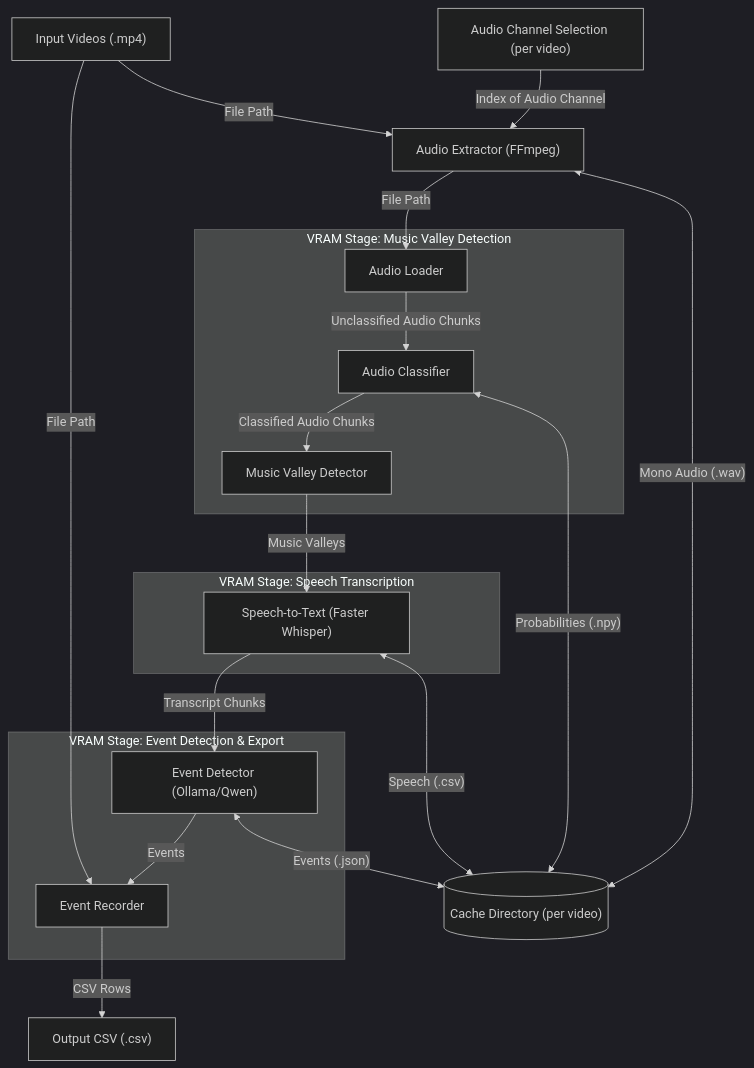
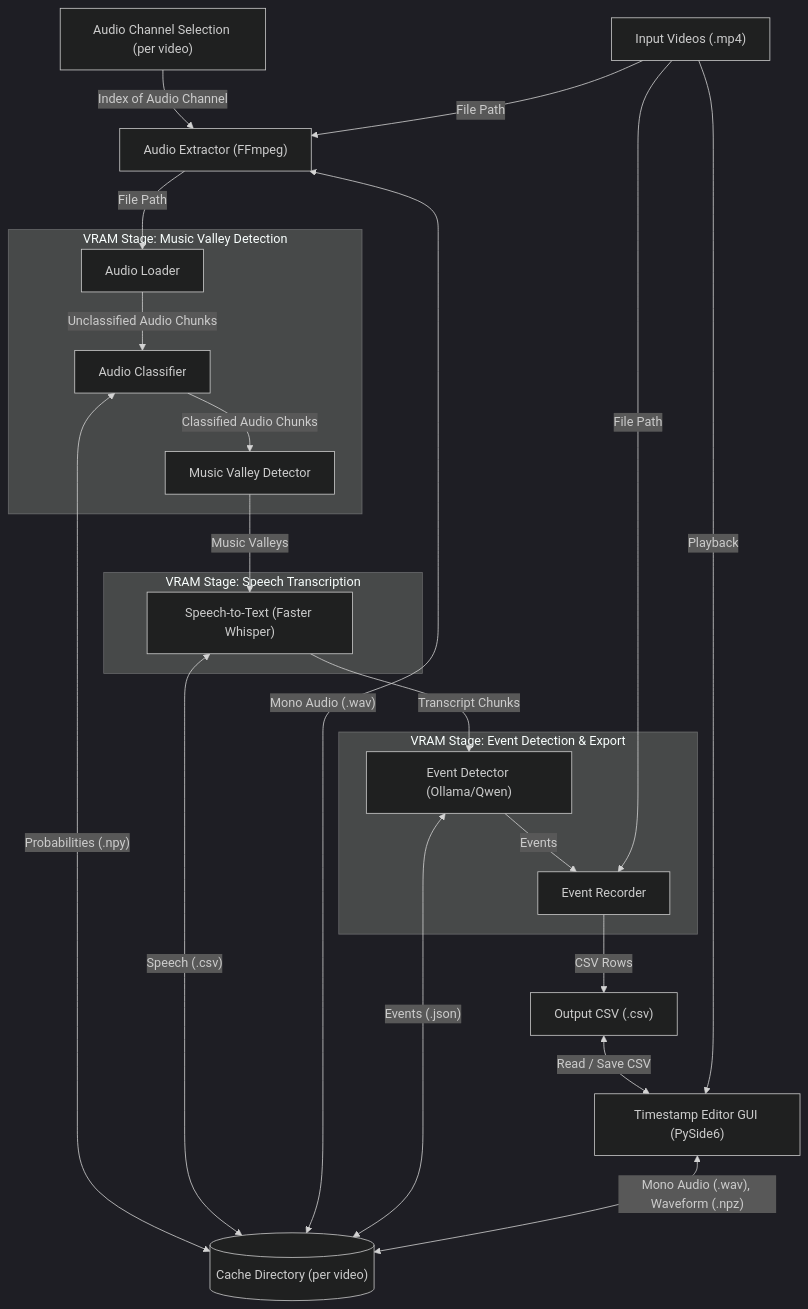
The diagram in README.md (BadgerBallroom/ballroom_scribe), drawn with Mermaid (dark theme) before and after one commit. The commit also changed other lines of this file and 68 other files, not shown here.

````diff
--- a/README.md
+++ b/README.md
@@ -14,39 +15,44 @@
 ```mermaid
 flowchart TD
     InputVideo["Input Videos (.mp4)"]
     AudioChannel["Audio Channel Selection (per video)"]
 
     ExtractAudio["Audio Extractor (FFmpeg)"]
 
     subgraph Stage1["VRAM Stage: Music Valley Detection"]
         AudioLoader["Audio Loader"]
         AudioClassifier["Audio Classifier"]
         MusicValleyDetector["Music Valley Detector"]
     end
 
     subgraph Stage2["VRAM Stage: Speech Transcription"]
         SpeechTranscriber["Speech-to-Text (Faster Whisper)"]
     end
 
     subgraph Stage3["VRAM Stage: Event Detection & Export"]
         EventDetector["Event Detector (Ollama/Qwen)"]
         EventRecorder["Event Recorder"]
     end
 
+    TimestampEditor["Timestamp Editor GUI (PySide6)"]
+
+    AudioChannel -->|"Index of Audio Channel"| ExtractAudio
     InputVideo -->|"File Path"| ExtractAudio
-    AudioChannel -->|"Index of Audio Channel"| ExtractAudio
     ExtractAudio -->|"File Path"| AudioLoader
     AudioLoader -->|"Unclassified Audio Chunks"| AudioClassifier
     AudioClassifier -->|"Classified Audio Chunks"| MusicValleyDetector
     MusicValleyDetector -->|"Music Valleys"| SpeechTranscriber
     SpeechTranscriber -->|"Transcript Chunks"| EventDetector
+    EventDetector -->|"Events"| EventRecorder
     InputVideo -->|"File Path"| EventRecorder
-    EventDetector -->|"Events"| EventRecorder
     EventRecorder -->|"CSV Rows"| OutputCSV["Output CSV (.csv)"]
+    OutputCSV <-->|"Read / Save CSV"| TimestampEditor
+    InputVideo -->|"Playback"| TimestampEditor
 
     CacheDir[("Cache Directory (per video)")]
+    AudioClassifier <-->|"Probabilities (.npy)"| CacheDir
     SpeechTranscriber <-->|"Speech (.csv)"| CacheDir
-    AudioClassifier <-->|"Probabilities (.npy)"| CacheDir
     ExtractAudio <-->|"Mono Audio (.wav)"| CacheDir
     EventDetector <-->|"Events (.json)"| CacheDir
+    TimestampEditor <-->|"Mono Audio (.wav), Waveform (.npz)"| CacheDir
 ```
````
